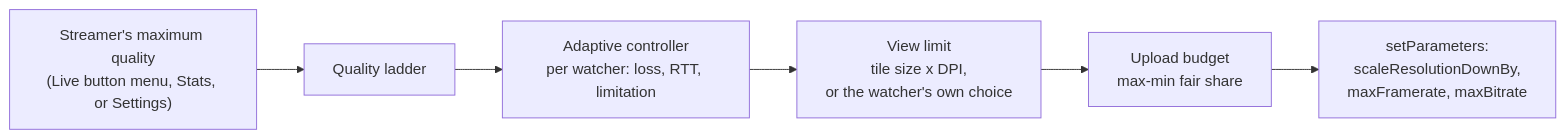
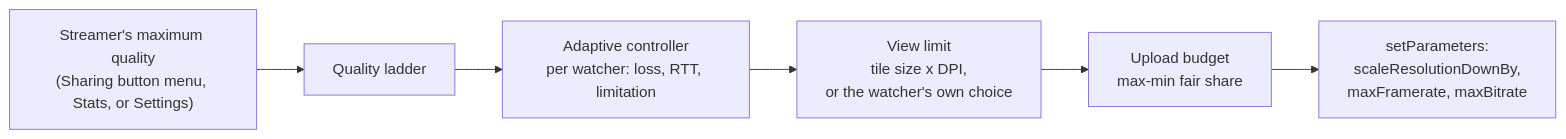
Before and after one commit to nsfxu/lan-screenshare: the third of 6 diagrams in docs/en-US/media-pipeline.md, drawn with Mermaid. The commit also changed other lines of this file and 13 other files, not shown here.

````diff
--- a/docs/en-US/media-pipeline.md
+++ b/docs/en-US/media-pipeline.md
@@ -107,8 +107,8 @@
 ```mermaid
 flowchart LR
-  A["Streamer's maximum quality<br/>(Live button menu, Stats, or Settings)"] --> L["Quality ladder"]
+  A["Streamer's maximum quality<br/>(Sharing button menu, Stats, or Settings)"] --> L["Quality ladder"]
   L --> B["Adaptive controller<br/>per watcher: loss, RTT, limitation"]
   B --> C["View limit<br/>tile size x DPI,<br/>or the watcher's own choice"]
   C --> D["Upload budget<br/>max-min fair share"]
   D --> E["setParameters:<br/>scaleResolutionDownBy,<br/>maxFramerate, maxBitrate"]
 ```
````
